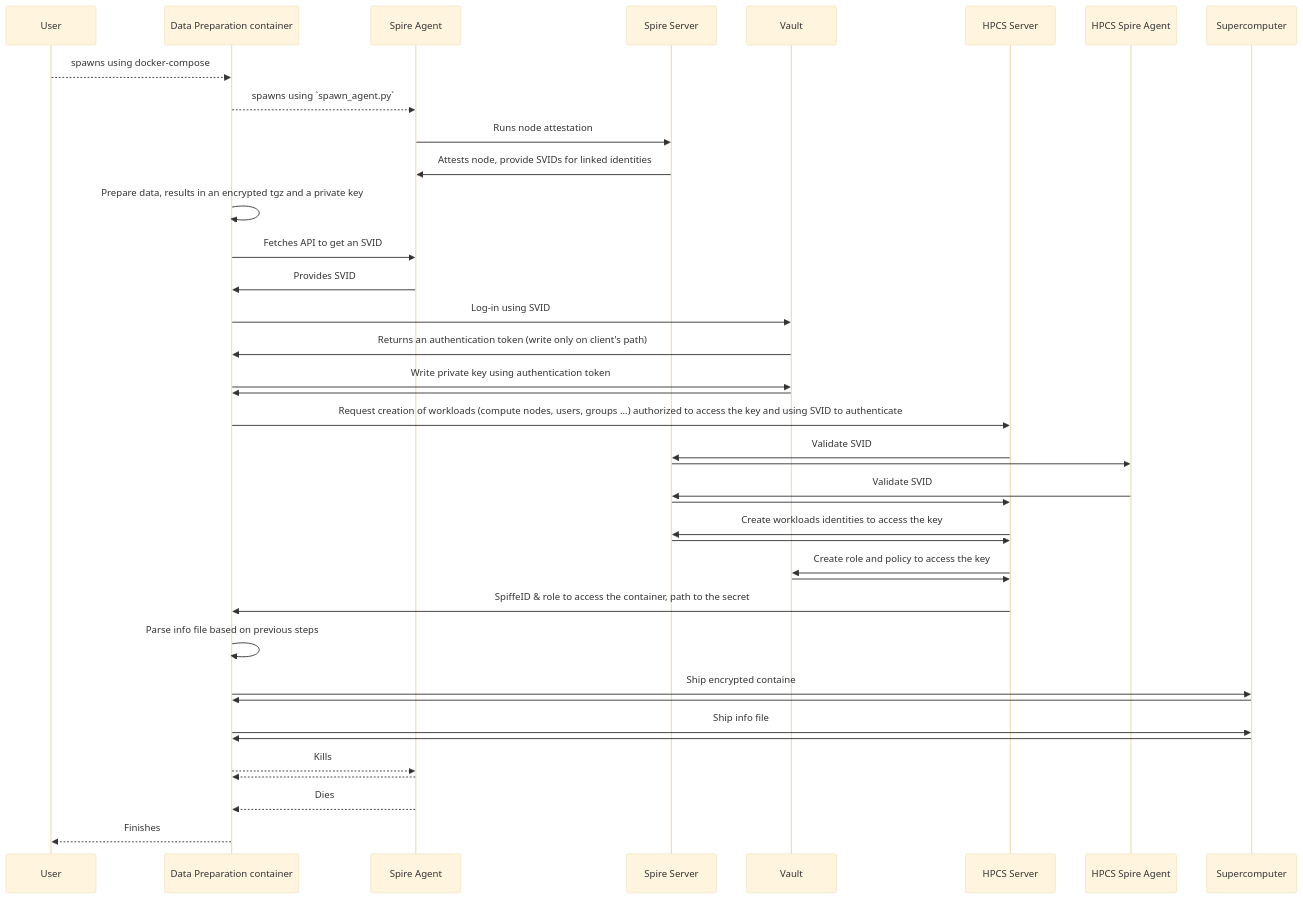
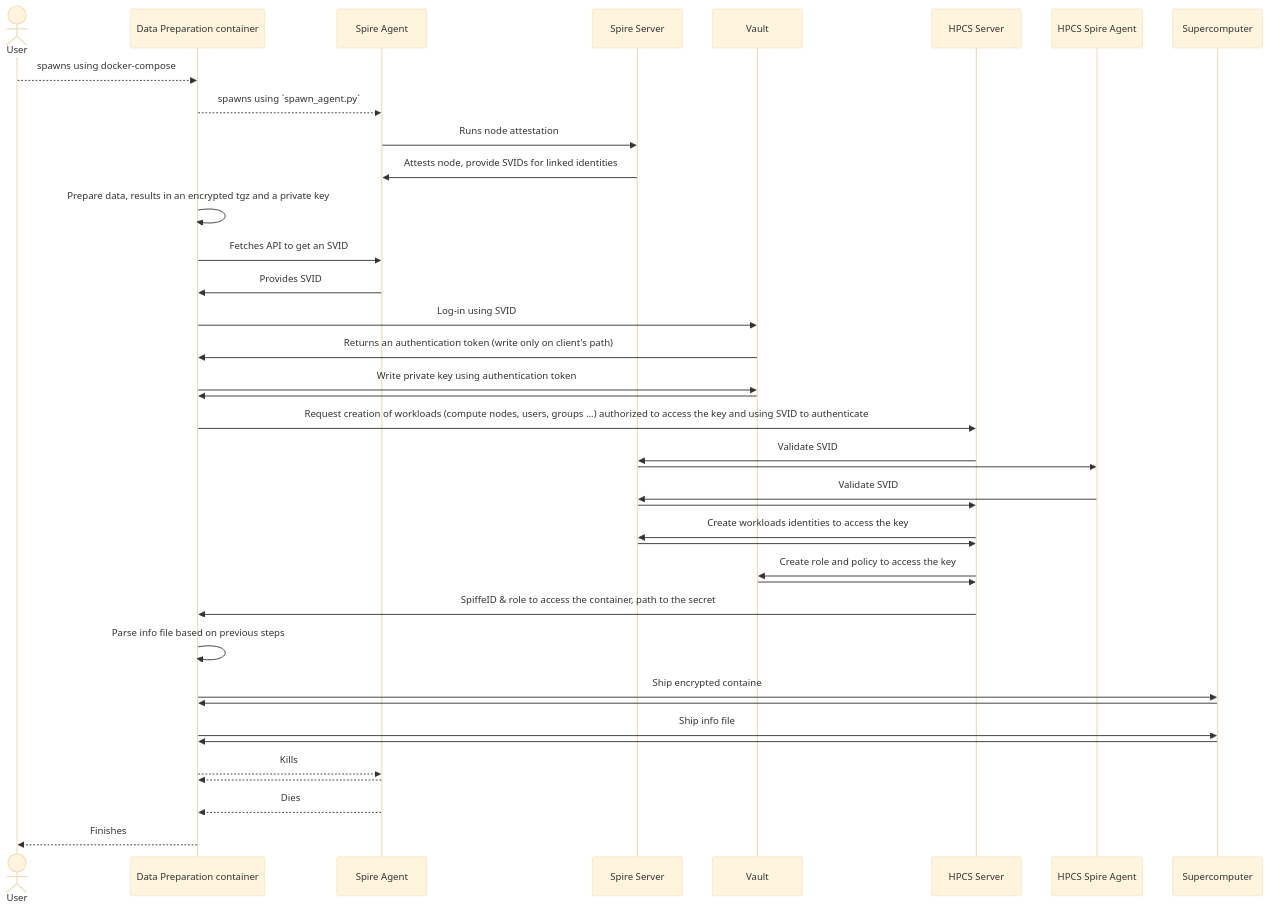
Before and after one commit to CSCfi/HPCS: the diagram in docs/architecture/data_preparation.md, drawn with Mermaid (base theme). The commit also changed 4 other files, not shown here.

Commit message:
job preparation sequence diagram + some fixs

````diff
--- a/docs/architecture/data_preparation.md
+++ b/docs/architecture/data_preparation.md
@@ -7,33 +7,34 @@
 ```mermaid
 sequenceDiagram
+    actor User
     User -->> Data Preparation container: spawns using docker-compose
     Data Preparation container -->> Spire Agent: spawns using `spawn_agent.py`
     Spire Agent ->> Spire Server: Runs node attestation
     Spire Server ->> Spire Agent: Attests node, provide SVIDs for linked identities
     Data Preparation container ->> Data Preparation container: Prepare data, results in an encrypted tgz and a private key
     Data Preparation container ->> Spire Agent: Fetches API to get an SVID
     Spire Agent ->> Data Preparation container: Provides SVID
     Data Preparation container ->> Vault: Log-in using SVID
     Vault ->> Data Preparation container: Returns an authentication token (write only on client's path)
     Data Preparation container ->> Vault: Write private key using authentication token
     Vault ->> Data Preparation container: 
     Data Preparation container ->> HPCS Server: Request creation of workloads (compute nodes, users, groups ...) authorized to access the key and using SVID to authenticate
     HPCS Server ->> Spire Server: Validate SVID
     Spire Server ->> HPCS Spire Agent: 
     HPCS Spire Agent ->> Spire Server: Validate SVID
     Spire Server ->> HPCS Server: 
     HPCS Server ->> Spire Server: Create workloads identities to access the key
     Spire Server ->> HPCS Server: 
     HPCS Server ->> Vault: Create role and policy to access the key
     Vault ->> HPCS Server: 
     HPCS Server ->> Data Preparation container: SpiffeID & role to access the container, path to the secret
     Data Preparation container ->> Data Preparation container: Parse info file based on previous steps
     Data Preparation container ->> Supercomputer: Ship encrypted containe
     Supercomputer ->> Data Preparation container: 
     Data Preparation container ->> Supercomputer: Ship info file
     Supercomputer ->> Data Preparation container: 
     Data Preparation container -->> Spire Agent: Kills
     Spire Agent -->> Data Preparation container: 
-    Spire Agent -->> Data Preparation container: Dies 
+    Spire Agent -->> Data Preparation container: Dies
     Data Preparation container -->> User: Finishes
 ```
````
